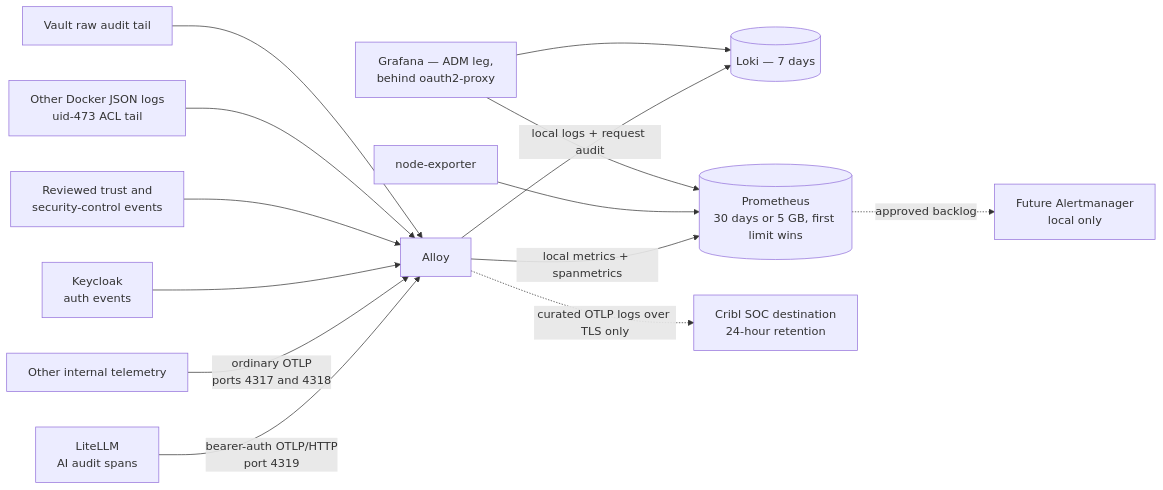
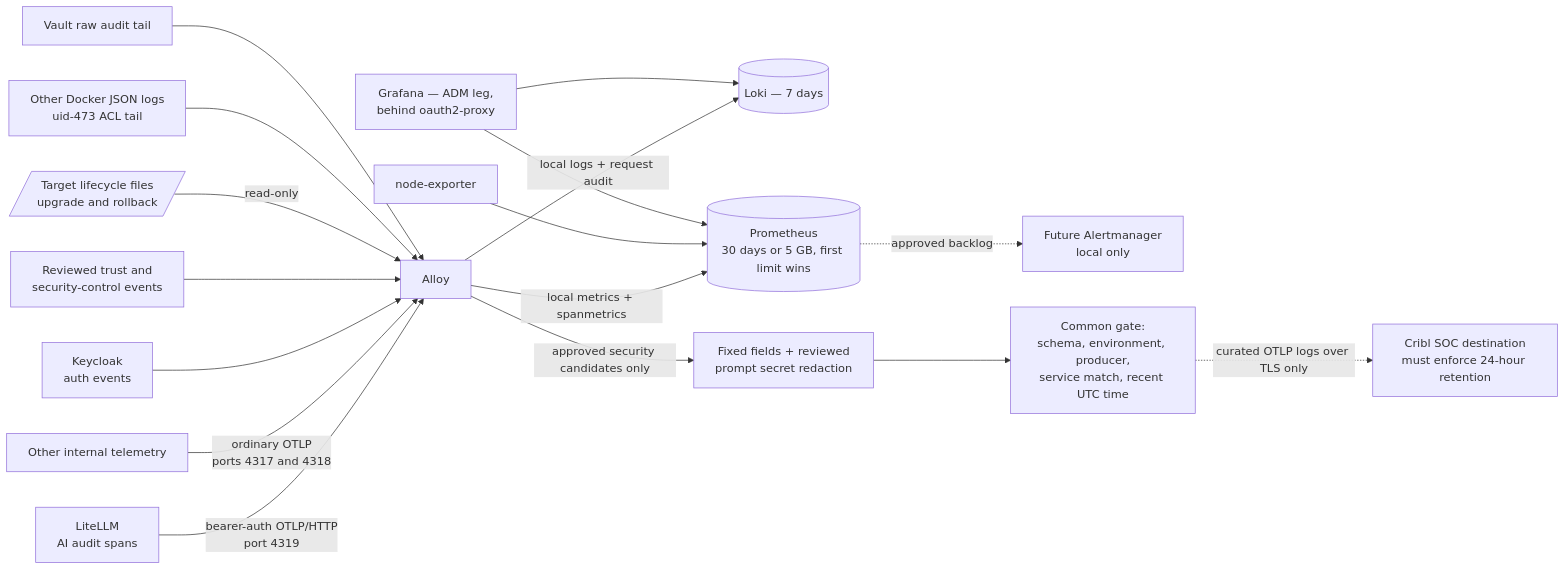
The ninth of 15 diagrams in docs/architecture-diagrams.md (derhornspieler/ai-gateway), drawn with Mermaid before and after one commit. The commit also changed other lines of this file and 66 other files, not shown here.

````diff
--- a/docs/architecture-diagrams.md
+++ b/docs/architecture-diagrams.md
@@ -293,16 +301,19 @@
 ```mermaid
 flowchart LR
   LL[LiteLLM<br/>AI audit spans] -->|bearer-auth OTLP/HTTP<br/>port 4319| AL[Alloy]
   OT[Other internal telemetry] -->|ordinary OTLP<br/>ports 4317 and 4318| AL
   KC[Keycloak<br/>auth events] --> AL
   SE[Reviewed trust and<br/>security-control events] --> AL
+  CT[/Target lifecycle files<br/>upgrade and rollback/] -->|read-only| AL
   DL[Other Docker JSON logs<br/>uid-473 ACL tail] --> AL
   VA[Vault raw audit tail] --> AL
 
   AL -->|local logs + request audit| LK[(Loki — 7 days)]
   AL -->|local metrics + spanmetrics| PR[(Prometheus<br/>30 days or 5 GB, first limit wins)]
   NE[node-exporter] --> PR
   PR -.approved backlog.-> AM[Future Alertmanager<br/>local only]
-  AL -.curated OTLP logs over TLS only.-> CR[Cribl SOC destination<br/>24-hour retention]
+  AL -->|approved security candidates only| RED[Fixed fields + reviewed<br/>prompt secret redaction]
+  RED --> COMMON[Common gate:<br/>schema, environment, producer,<br/>service match, recent UTC time]
+  COMMON -.curated OTLP logs over TLS only.-> CR[Cribl SOC destination<br/>must enforce 24-hour retention]
   GF[Grafana — ADM leg,<br/>behind oauth2-proxy] --> LK & PR
 ```
````
